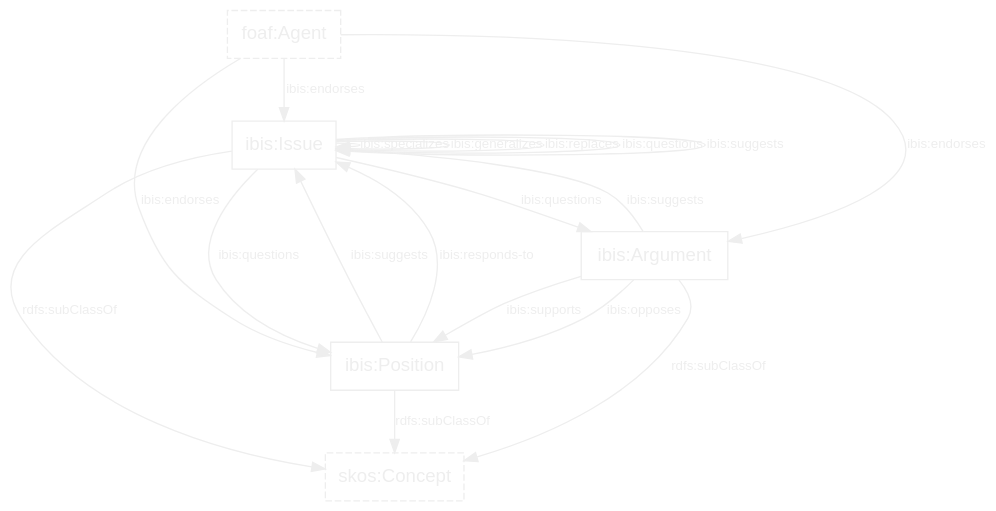
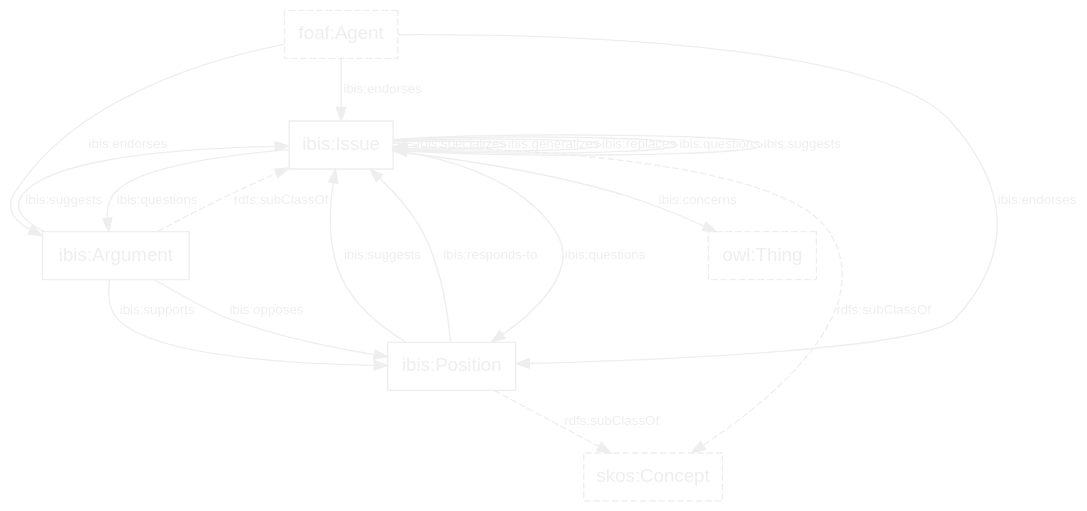
One commit to doriantaylor/owl-ibis changed the diagram in example.dot. Above: the diagram before and after it, drawn with Graphviz. The commit also changed 1 other file, not shown here.

```diff
--- a/example.dot
+++ b/example.dot
@@ -1,47 +1,50 @@
 digraph {
     graph [bgcolor=transparent];
     node [shape=box,color="#eeeeee",fontcolor="#eeeeee",fontname="Lucida Grande, Lucida Sans Unicode, sans-serif"];
     edge [color="#eeeeee",fontcolor="#eeeeee",fontname="Lucida Grande, Lucida Sans Unicode, sans-serif"];
+    owl_Thing [label="owl:Thing", style=dashed];
     foaf_Agent [label="foaf:Agent", style=dashed];
     skos_Concept [label="skos:Concept", style=dashed];
     ibis_Issue [label="ibis:Issue"];
     ibis_Position [label="ibis:Position"];
     ibis_Argument [label="ibis:Argument"];
+    
     subgraph {
         edge [fontsize=10,concentrate=true];
         ibis_Issue -> ibis_Issue [label="ibis:specializes"];
         ibis_Issue -> ibis_Issue [label="ibis:generalizes"];
         ibis_Issue -> ibis_Issue [label="ibis:replaces"];
         //ibis_Issue -> ibis_Issue [label="ibis:generalizes"];
         
         subgraph {
-            edge [label="rdfs:subClassOf"];
+            edge [label="rdfs:subClassOf", style=dashed];
             ibis_Issue -> skos_Concept;
             ibis_Position -> skos_Concept;
-            ibis_Argument -> skos_Concept;
+            ibis_Argument -> ibis_Issue;
         }
         
         subgraph {
             edge [label="ibis:endorses"];
             foaf_Agent -> ibis_Issue;
             foaf_Agent -> ibis_Position;
             foaf_Agent -> ibis_Argument;
         }
 
         subgraph {
             edge [label="ibis:questions"];
             ibis_Issue -> ibis_Argument
             ibis_Issue -> ibis_Position
             ibis_Issue -> ibis_Issue;
         }
         subgraph {
             edge [label="ibis:suggests"];
             ibis_Position -> ibis_Issue;
             ibis_Argument -> ibis_Issue;
             ibis_Issue    -> ibis_Issue;
         }
+        ibis_Issue -> owl_Thing [label="ibis:concerns"];
         ibis_Position -> ibis_Issue [label="ibis:responds-to"];
         ibis_Argument -> ibis_Position [label="ibis:supports"];
         ibis_Argument -> ibis_Position [label="ibis:opposes"];
     }
 }
```
